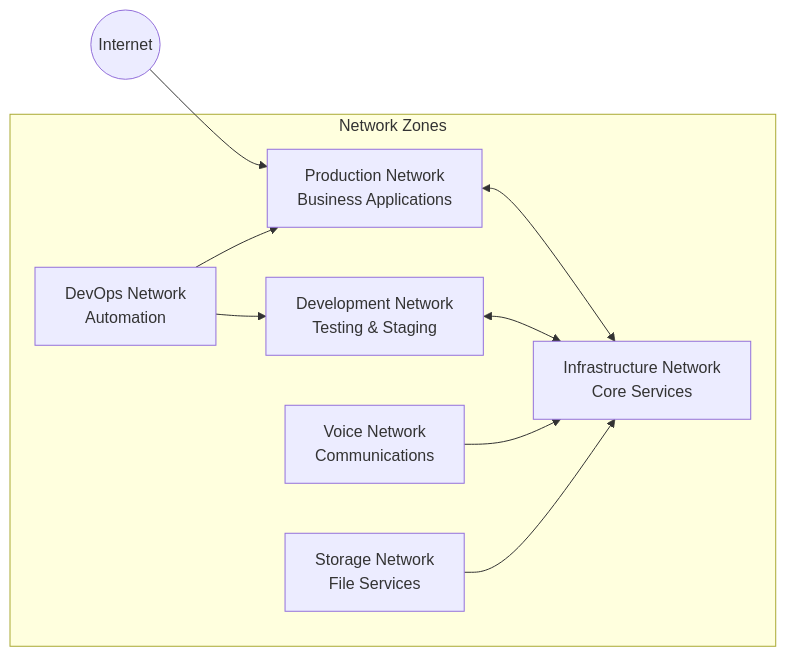
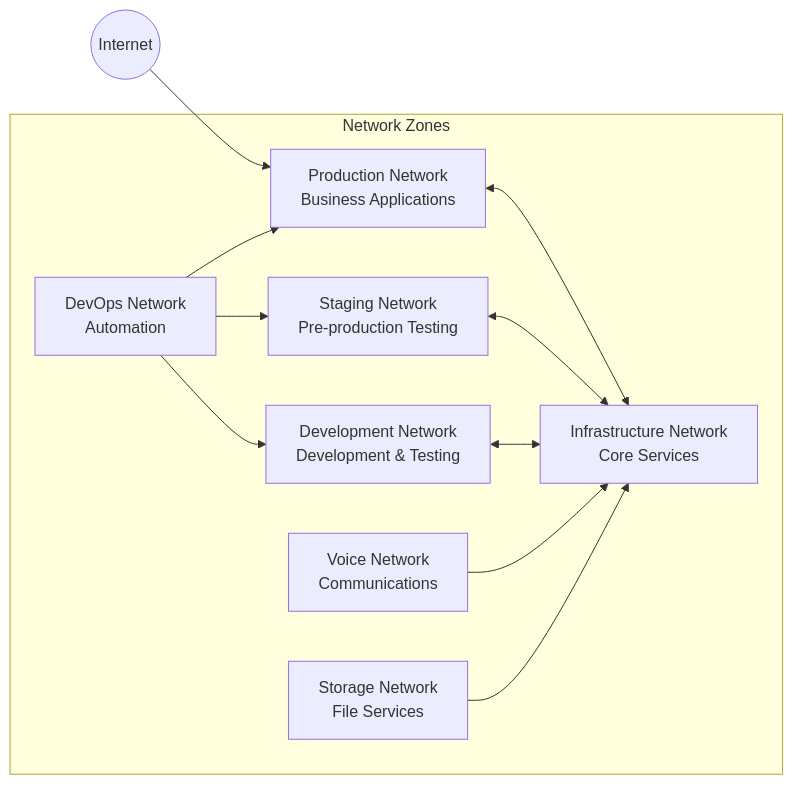
One commit to gepha-geo/infra changed the first of 2 diagrams in README.md. Above: the diagram before and after it, drawn with Mermaid. The commit also changed other lines of this file, not shown here.

````diff
--- a/README.md
+++ b/README.md
@@ -66,19 +67,22 @@
 ```mermaid
 graph LR
     subgraph "Network Zones"
         PROD[Production Network<br/>Business Applications]
-        DEV[Development Network<br/>Testing & Staging]
+        STAGE[Staging Network<br/>Pre-production Testing]
+        DEV[Development Network<br/>Development & Testing]
         INFRA[Infrastructure Network<br/>Core Services]
         VOICE[Voice Network<br/>Communications]
         STORAGE[Storage Network<br/>File Services]
         DEVOPS[DevOps Network<br/>Automation]
     end
     
     Internet((Internet)) --> PROD
     PROD <--> INFRA
+    STAGE <--> INFRA
     DEV <--> INFRA
     VOICE --> INFRA
     STORAGE --> INFRA
     DEVOPS --> PROD
+    DEVOPS --> STAGE
     DEVOPS --> DEV
 ```
````
